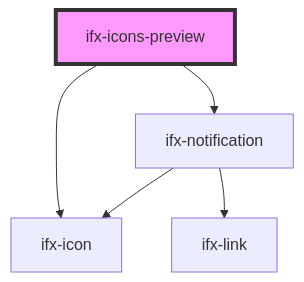
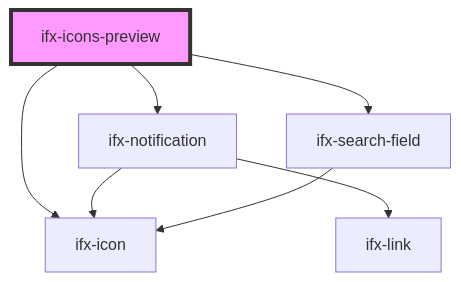
The diagram in packages/components/src/components/icons-preview/readme.md (Infineon/infineon-design-system-stencil), drawn with Mermaid before and after one commit. The commit also changed other lines of this file and 3 other files, not shown here.

Commit message:
adds search field for icon filtering

````diff
--- a/packages/components/src/components/icons-preview/readme.md
+++ b/packages/components/src/components/icons-preview/readme.md
@@ -16,8 +17,10 @@
 ```mermaid
 graph TD;
   ifx-icons-preview --> ifx-notification
+  ifx-icons-preview --> ifx-search-field
   ifx-icons-preview --> ifx-icon
   ifx-notification --> ifx-icon
   ifx-notification --> ifx-link
+  ifx-search-field --> ifx-icon
   style ifx-icons-preview fill:#f9f,stroke:#333,stroke-width:4px
 ```
````
